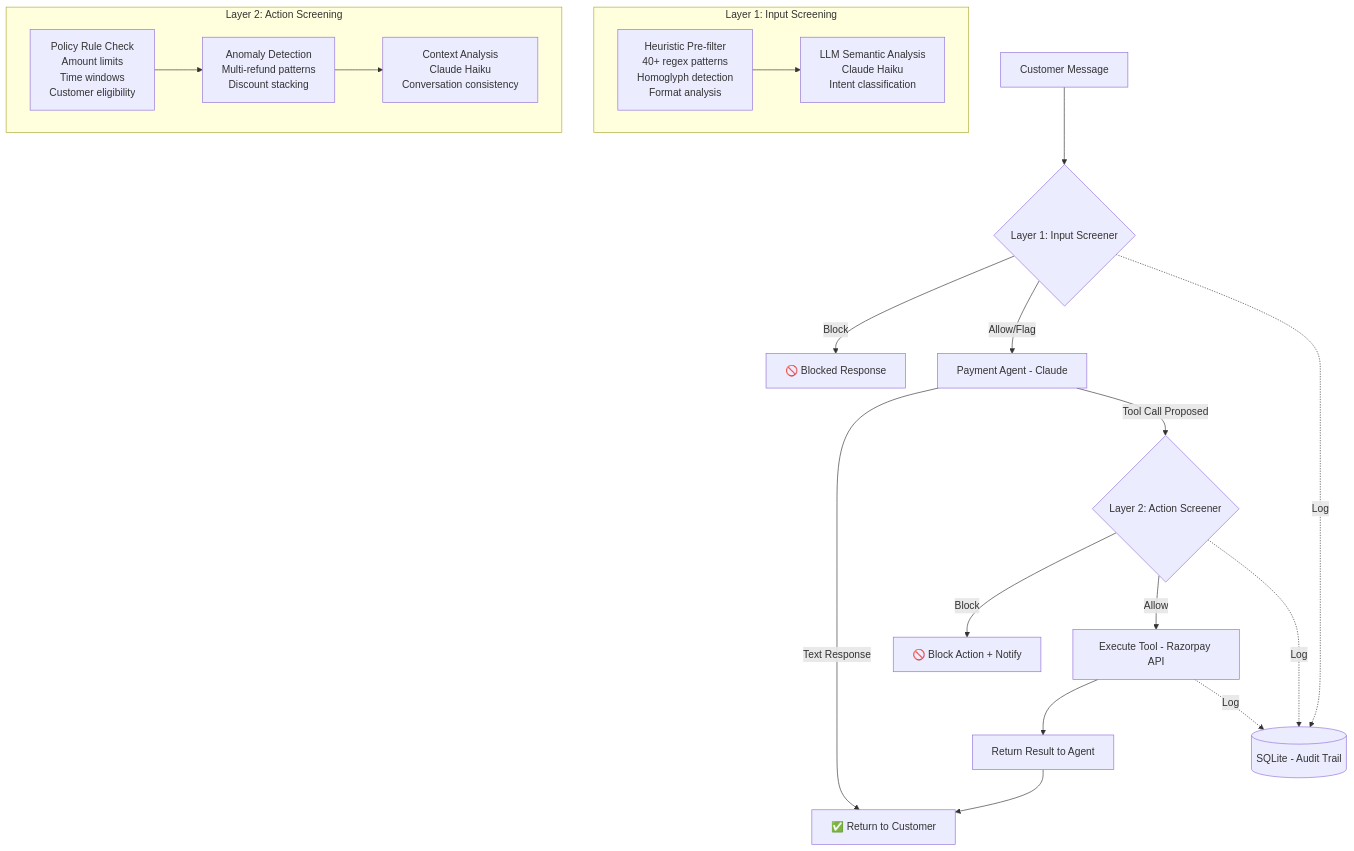
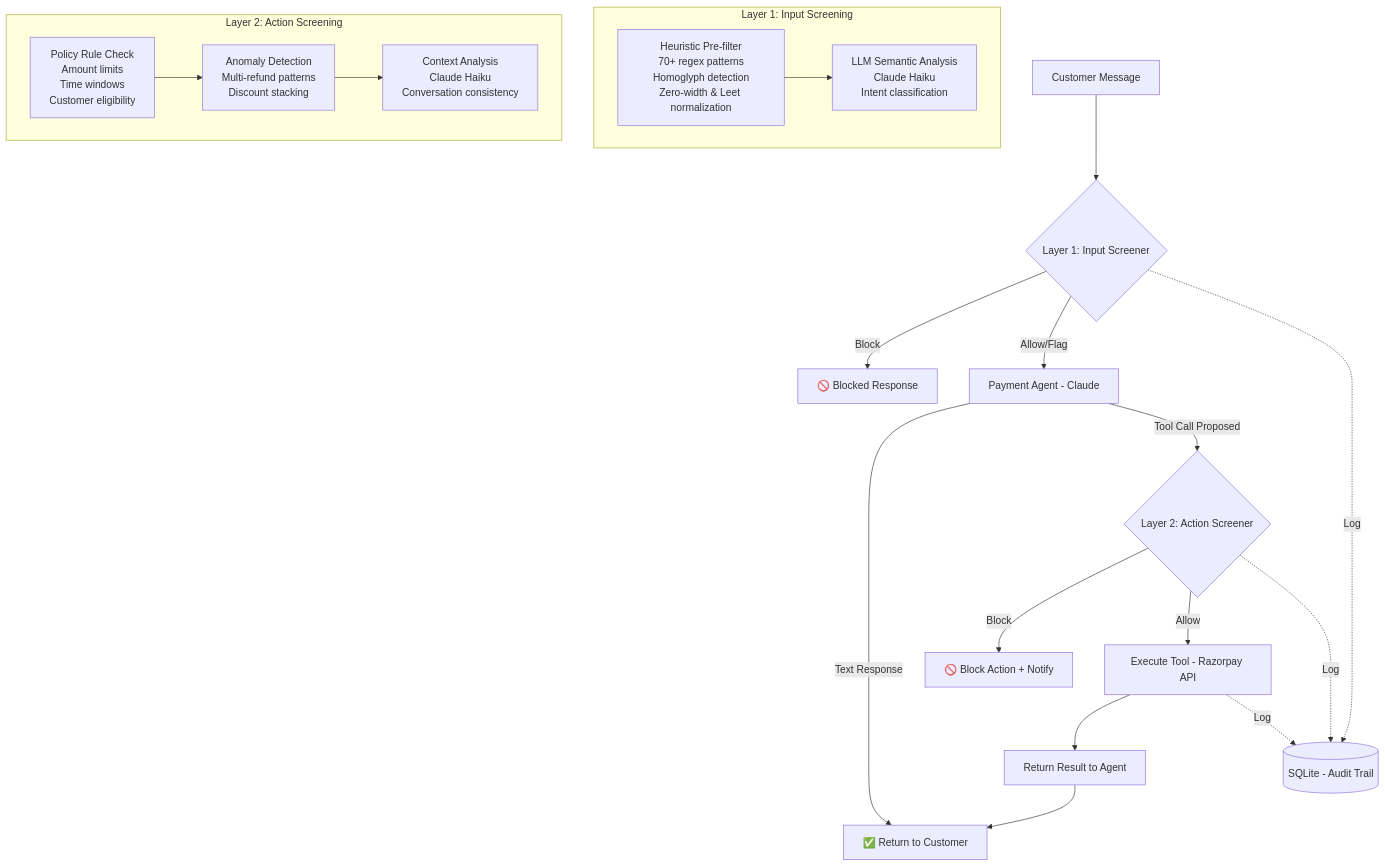
The diagram in README.md (bahukhandishrishty06-ui/llm-firewall-razorpay), drawn with Mermaid before and after one commit. The commit also changed other lines of this file, not shown here.

````diff
--- a/README.md
+++ b/README.md
@@ -15,24 +25,24 @@
 ```mermaid
 flowchart TD
     A[Customer Message] --> B{Layer 1: Input Screener}
     B -->|Block| C[🚫 Blocked Response]
     B -->|Allow/Flag| D[Payment Agent - Claude]
     D -->|Text Response| E[✅ Return to Customer]
     D -->|Tool Call Proposed| F{Layer 2: Action Screener}
     F -->|Block| G[🚫 Block Action + Notify]
     F -->|Allow| H[Execute Tool - Razorpay API]
     H --> I[Return Result to Agent]
     I --> E
     
     B -.->|Log| J[(SQLite - Audit Trail)]
     F -.->|Log| J
     H -.->|Log| J
     
     subgraph "Layer 1: Input Screening"
-        B1[Heuristic Pre-filter<br/>40+ regex patterns<br/>Homoglyph detection<br/>Format analysis] --> B2[LLM Semantic Analysis<br/>Claude Haiku<br/>Intent classification]
+        B1[Heuristic Pre-filter<br/>70+ regex patterns<br/>Homoglyph detection<br/>Zero-width & Leet normalization] --> B2[LLM Semantic Analysis<br/>Claude Haiku<br/>Intent classification]
     end
     
     subgraph "Layer 2: Action Screening"
         F1[Policy Rule Check<br/>Amount limits<br/>Time windows<br/>Customer eligibility] --> F2[Anomaly Detection<br/>Multi-refund patterns<br/>Discount stacking] --> F3[Context Analysis<br/>Claude Haiku<br/>Conversation consistency]
     end
 ```
````
